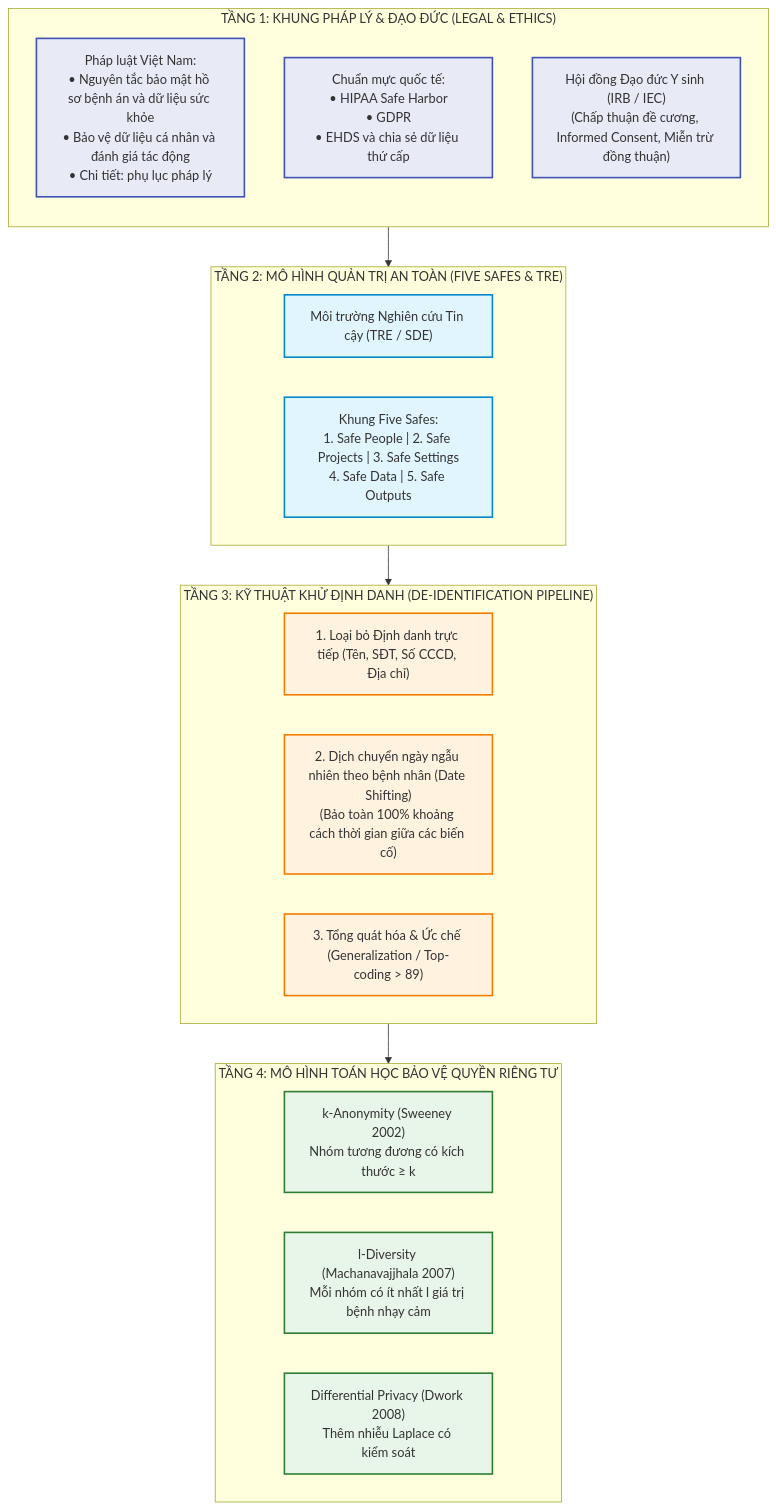
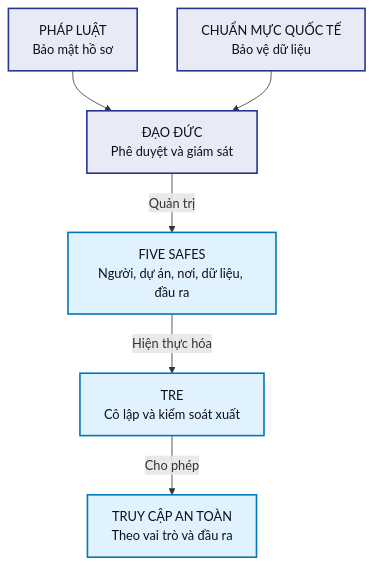
Before and after one commit to fossbk-spec/biomedical-rdm-course: the first of 2 diagrams in course/book/ch05.md, drawn with Mermaid. The commit also changed other lines of this file and 4 other files, not shown here.

Commit message:
sync: redesigned Mermaid diagrams (ch01-ch03, ch05); strip stray HTML tags in diagram labels

````diff
--- a/course/book/ch05.md
+++ b/course/book/ch05.md
@@ -34,40 +34,17 @@
 ```mermaid
 flowchart TD
-    subgraph LAW["TẦNG 1: KHUNG PHÁP LÝ & ĐẠO ĐỨC (LEGAL & ETHICS)"]
-        direction TB
-        VN["Pháp luật Việt Nam:<br/>• Nguyên tắc bảo mật hồ sơ bệnh án và dữ liệu sức khỏe<br/>• Bảo vệ dữ liệu cá nhân và đánh giá tác động<br/>• Chi tiết: phụ lục pháp lý"]
-        INT["Chuẩn mực quốc tế:<br/>• HIPAA Safe Harbor<br/>• GDPR<br/>• EHDS và chia sẻ dữ liệu thứ cấp"]
-        IRB["Hội đồng Đạo đức Y sinh (IRB / IEC)<br/>(Chấp thuận đề cương, Informed Consent, Miễn trừ đồng thuận)"]
-    end
+    VN["PHÁP LUẬT<br/>Bảo mật hồ sơ"] --> IRB["ĐẠO ĐỨC<br/>Phê duyệt và giám sát"]
+    INT["CHUẨN MỰC QUỐC TẾ<br/>Bảo vệ dữ liệu"] --> IRB
+    IRB -->|"Quản trị"| FS["FIVE SAFES<br/>Người, dự án, nơi, dữ liệu, đầu ra"]
+    FS -->|"Hiện thực hóa"| TRE["TRE<br/>Cô lập và kiểm soát xuất"]
+    TRE -->|"Cho phép"| ACCESS["TRUY CẬP AN TOÀN<br/>Theo vai trò và đầu ra"]
 
-    subgraph ARCH["TẦNG 2: MÔ HÌNH QUẢN TRỊ AN TOÀN (FIVE SAFES & TRE)"]
-        TRE["Môi trường Nghiên cứu Tin cậy (TRE / SDE)"]
-        FS["Khung Five Safes:<br/>1. Safe People | 2. Safe Projects | 3. Safe Settings<br/>4. Safe Data | 5. Safe Outputs"]
-    end
+    classDef lawStyle fill:#E8EAF6,stroke:#283593,stroke-width:2px,color:#0D1117;
+    classDef archStyle fill:#E0F2FE,stroke:#0277BD,stroke-width:2px,color:#0D1117;
+    classDef techStyle fill:#FFF3E0,stroke:#E65100,stroke-width:2px,color:#0D1117;
+    classDef mathStyle fill:#E8F5E9,stroke:#2E7D32,stroke-width:2px,color:#0D1117;
+    classDef warnStyle fill:#FFEBEE,stroke:#C62828,stroke-width:2px,color:#0D1117;
 
-    subgraph TECH["TẦNG 3: KỸ THUẬT KHỬ ĐỊNH DANH (DE-IDENTIFICATION PIPELINE)"]
-        DIRECT["1. Loại bỏ Định danh trực tiếp (Tên, SĐT, Số CCCD, Địa chỉ)"]
-        SHIFT["2. Dịch chuyển ngày ngẫu nhiên theo bệnh nhân (Date Shifting)<br/>(Bảo toàn 100% khoảng cách thời gian giữa các biến cố)"]
-        GEN["3. Tổng quát hóa & Ức chế (Generalization / Top-coding > 89)"]
-    end
-
-    subgraph MATH["TẦNG 4: MÔ HÌNH TOÁN HỌC BẢO VỆ QUYỀN RIÊNG TƯ"]
-        KANON["k-Anonymity (Sweeney 2002)<br/>Nhóm tương đương có kích thước ≥ k"]
-        LDIV["l-Diversity (Machanavajjhala 2007)<br/>Mỗi nhóm có ít nhất l giá trị bệnh nhạy cảm"]
-        DIFF["Differential Privacy (Dwork 2008)<br/>Thêm nhiễu Laplace có kiểm soát"]
-    end
-
-    LAW --> ARCH
-    ARCH --> TECH
-    TECH --> MATH
-
-    classDef law fill:#e8eaf6,stroke:#3f51b5,stroke-width:2px;
-    classDef arch fill:#e1f5fe,stroke:#0288d1,stroke-width:2px;
-    classDef tech fill:#fff3e0,stroke:#f57c00,stroke-width:2px;
-    classDef math fill:#e8f5e9,stroke:#2e7d32,stroke-width:2px;
-
-    class VN,INT,IRB law;
-    class TRE,FS arch;
-    class DIRECT,SHIFT,GEN tech;
-    class KANON,LDIV,DIFF math;
+    class VN,INT,IRB lawStyle;
+    class FS,TRE,ACCESS archStyle;
 ```
````
